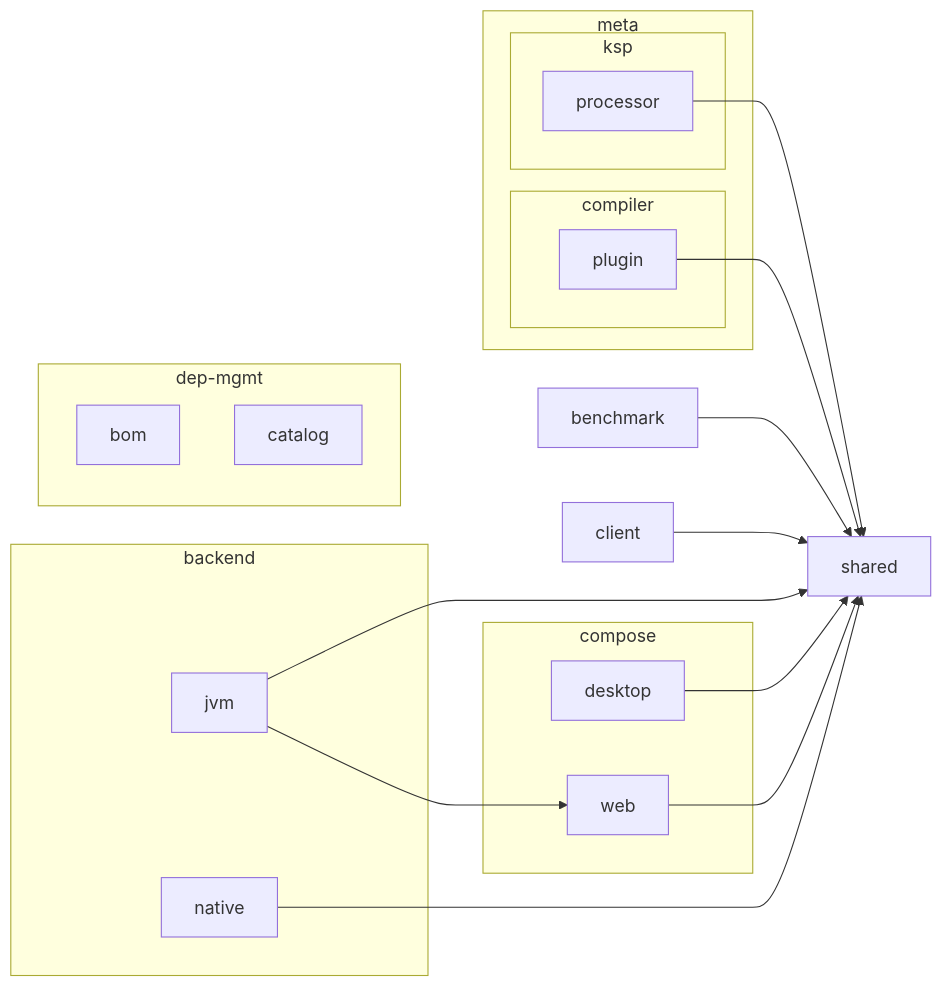
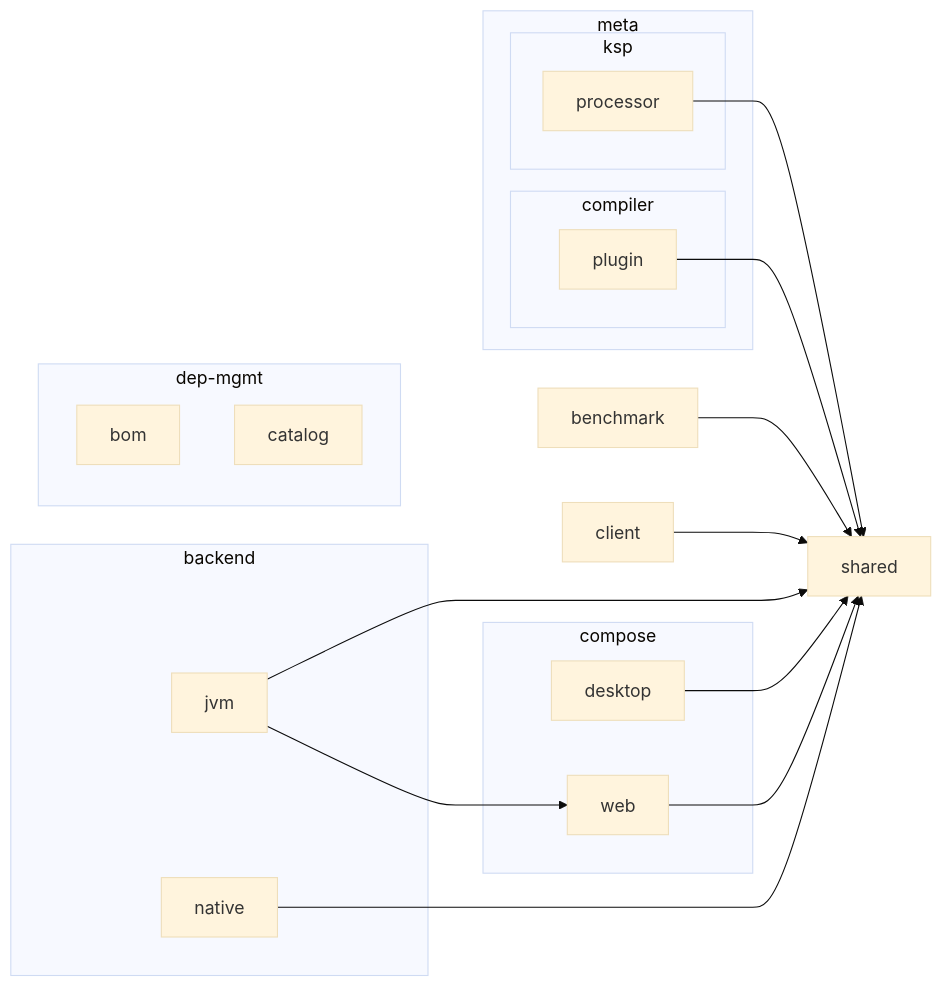
One commit to sureshg/kotlin-mpp-playground changed the diagram in README.md. Above: the diagram before and after it, drawn with Mermaid.

Commit message:
chore: README changes

````diff
--- a/README.md
+++ b/README.md
@@ -159,36 +159,41 @@
 ```mermaid
+%%{
+  init: {
+    'theme': 'base'
+  }
+}%%
 graph LR
     subgraph backend
         jvm
         native
     end
     subgraph compose
         desktop
         web
     end
     subgraph dep-mgmt
         bom
         catalog
     end
     subgraph meta
         compiler
         ksp
     end
     subgraph compiler
         compiler
         plugin
     end
     subgraph ksp
         ksp
         processor
     end
     plugin --> shared
     benchmark --> shared
     web --> shared
     desktop --> shared
     client --> shared
     native --> shared
     processor --> shared
     jvm --> shared
     jvm --> web
 ```
````
